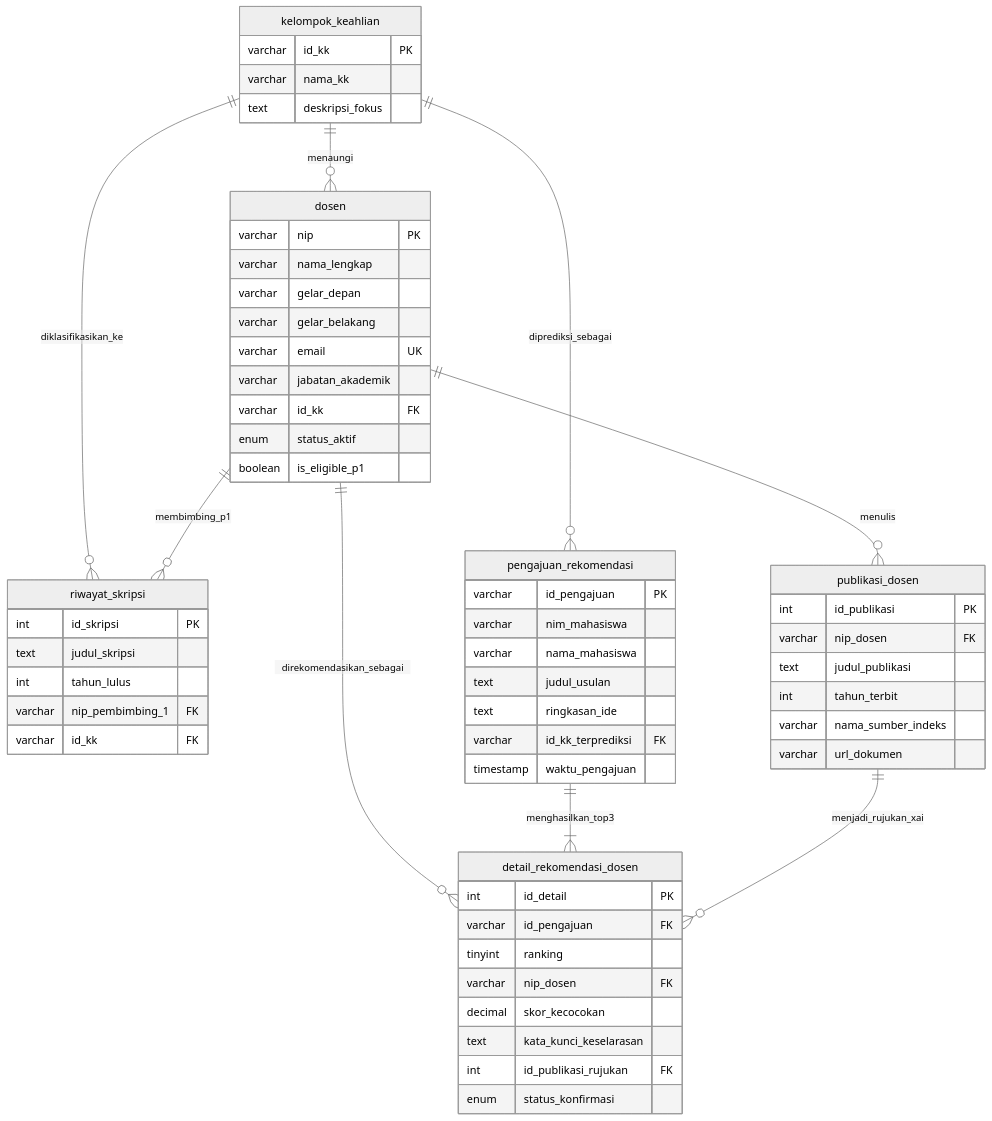
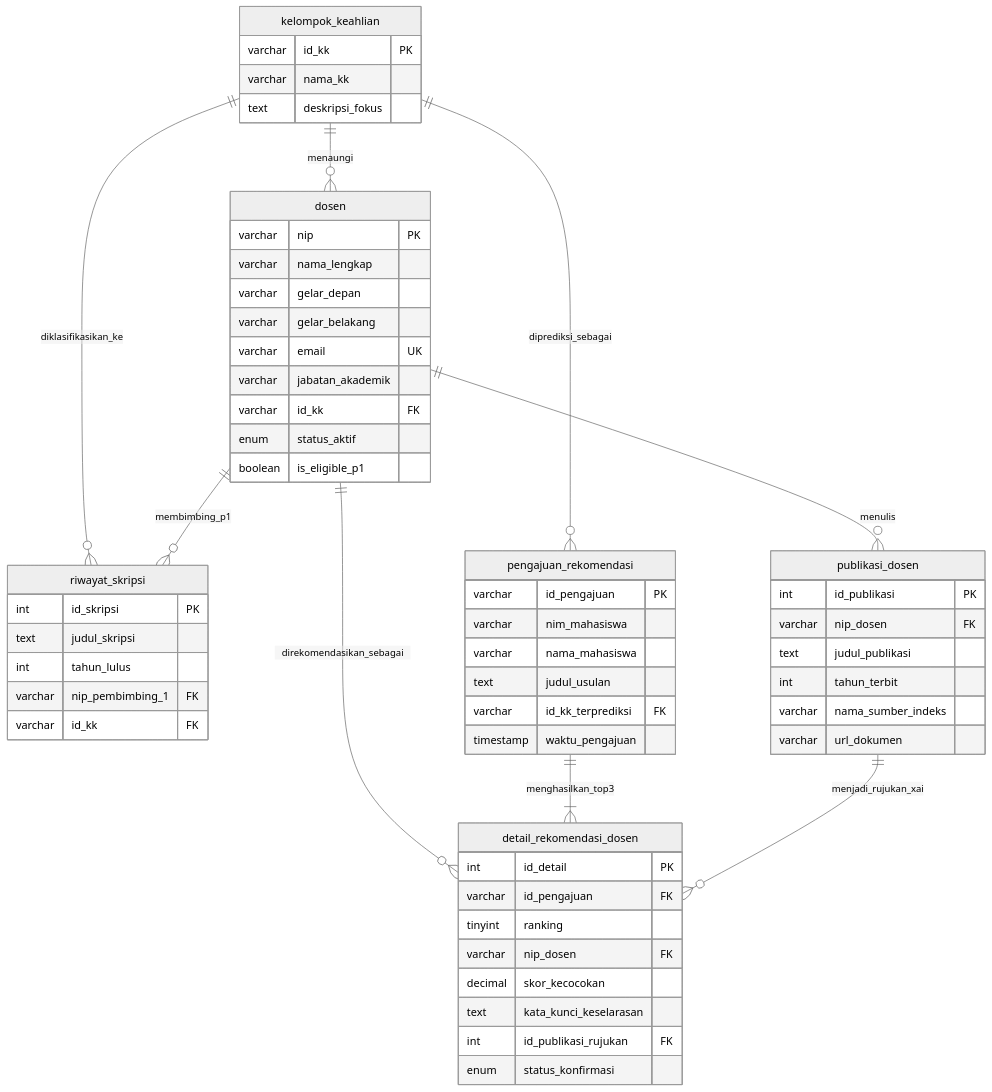
Before and after one commit to accfd/SI-REKTA: the first of 2 diagrams in docs/SI-REKTA_PRD.md, drawn with Mermaid (neutral theme). The commit also changed other lines of this file, not shown here.

````diff
--- a/docs/SI-REKTA_PRD.md
+++ b/docs/SI-REKTA_PRD.md
@@ -98,67 +98,66 @@
 ```mermaid
 erDiagram
     kelompok_keahlian ||--o{ dosen : "menaungi"
     kelompok_keahlian ||--o{ riwayat_skripsi : "diklasifikasikan_ke"
     kelompok_keahlian ||--o{ pengajuan_rekomendasi : "diprediksi_sebagai"
     dosen ||--o{ publikasi_dosen : "menulis"
     dosen ||--o{ riwayat_skripsi : "membimbing_p1"
     dosen ||--o{ detail_rekomendasi_dosen : "direkomendasikan_sebagai"
     pengajuan_rekomendasi ||--|{ detail_rekomendasi_dosen : "menghasilkan_top3"
     publikasi_dosen ||--o{ detail_rekomendasi_dosen : "menjadi_rujukan_xai"
 
     kelompok_keahlian {
         varchar id_kk PK
         varchar nama_kk
         text deskripsi_fokus
     }
 
     dosen {
         varchar nip PK
         varchar nama_lengkap
         varchar gelar_depan
         varchar gelar_belakang
         varchar email UK
         varchar jabatan_akademik
         varchar id_kk FK
         enum status_aktif
         boolean is_eligible_p1
     }
 
     publikasi_dosen {
         int id_publikasi PK
         varchar nip_dosen FK
         text judul_publikasi
         int tahun_terbit
         varchar nama_sumber_indeks
         varchar url_dokumen
     }
 
     riwayat_skripsi {
         int id_skripsi PK
         text judul_skripsi
         int tahun_lulus
         varchar nip_pembimbing_1 FK
         varchar id_kk FK
     }
 
     pengajuan_rekomendasi {
         varchar id_pengajuan PK
         varchar nim_mahasiswa
         varchar nama_mahasiswa
         text judul_usulan
-        text ringkasan_ide
         varchar id_kk_terprediksi FK
         timestamp waktu_pengajuan
     }
 
     detail_rekomendasi_dosen {
         int id_detail PK
         varchar id_pengajuan FK
         tinyint ranking
         varchar nip_dosen FK
         decimal skor_kecocokan
         text kata_kunci_keselarasan
         int id_publikasi_rujukan FK
         enum status_konfirmasi
     }
 ```
````
